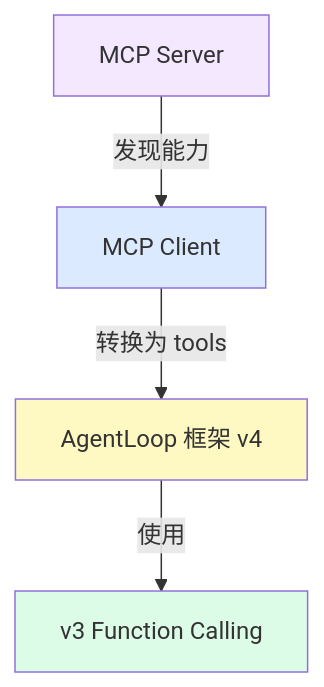
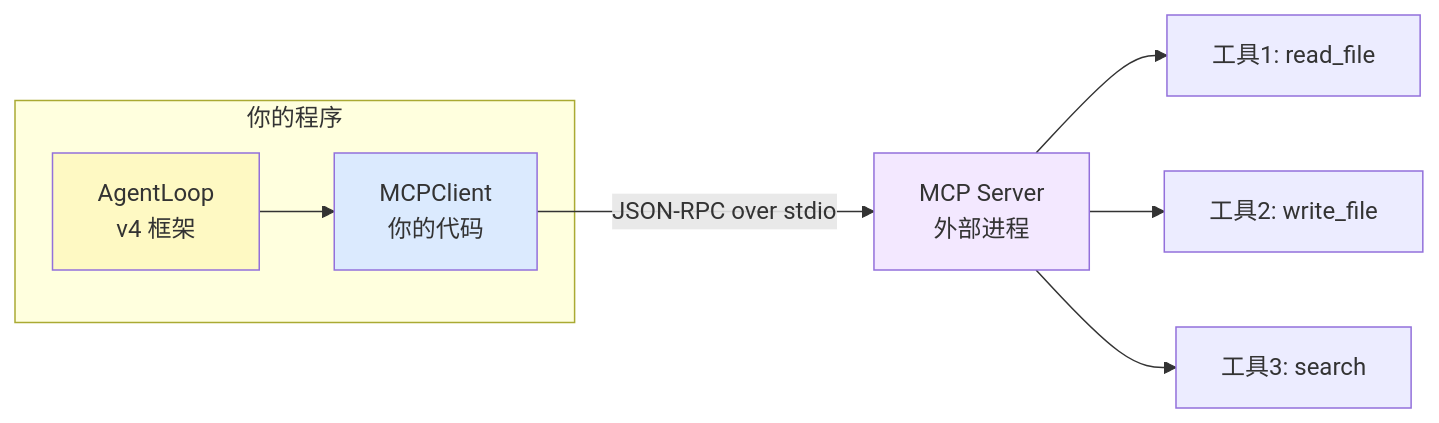
Before and after one commit to xesam/ai-teaches-you-to-learn-aiagent: the second of 4 diagrams in docs/05-mcp-integration.md, drawn with Mermaid. The commit also changed other lines of this file and 2 other files, not shown here.

````diff
--- a/docs/05-mcp-integration.md
+++ b/docs/05-mcp-integration.md
@@ -129,11 +120,14 @@
 ```mermaid
-graph TD
-    A[MCP Server] -->|发现能力| B[MCP Client]
-    B -->|转换为 tools| C[AgentLoop 框架 v4]
-    C -->|使用| D[v3 Function Calling]
-    
-    style A fill:#f3e8ff
+graph LR
+    subgraph 你的程序
+        A["AgentLoop<br/>v4 框架"] --> B["MCPClient<br/>你的代码"]
+    end
+    B -->|JSON-RPC over stdio| C["MCP Server<br/>外部进程"]
+    C --> D["工具1: read_file"]
+    C --> E["工具2: write_file"]
+    C --> F["工具3: search"]
+
+    style A fill:#fef9c3
     style B fill:#dbeafe
-    style C fill:#fef9c3
-    style D fill:#dcfce7
+    style C fill:#f3e8ff
 ```
````
